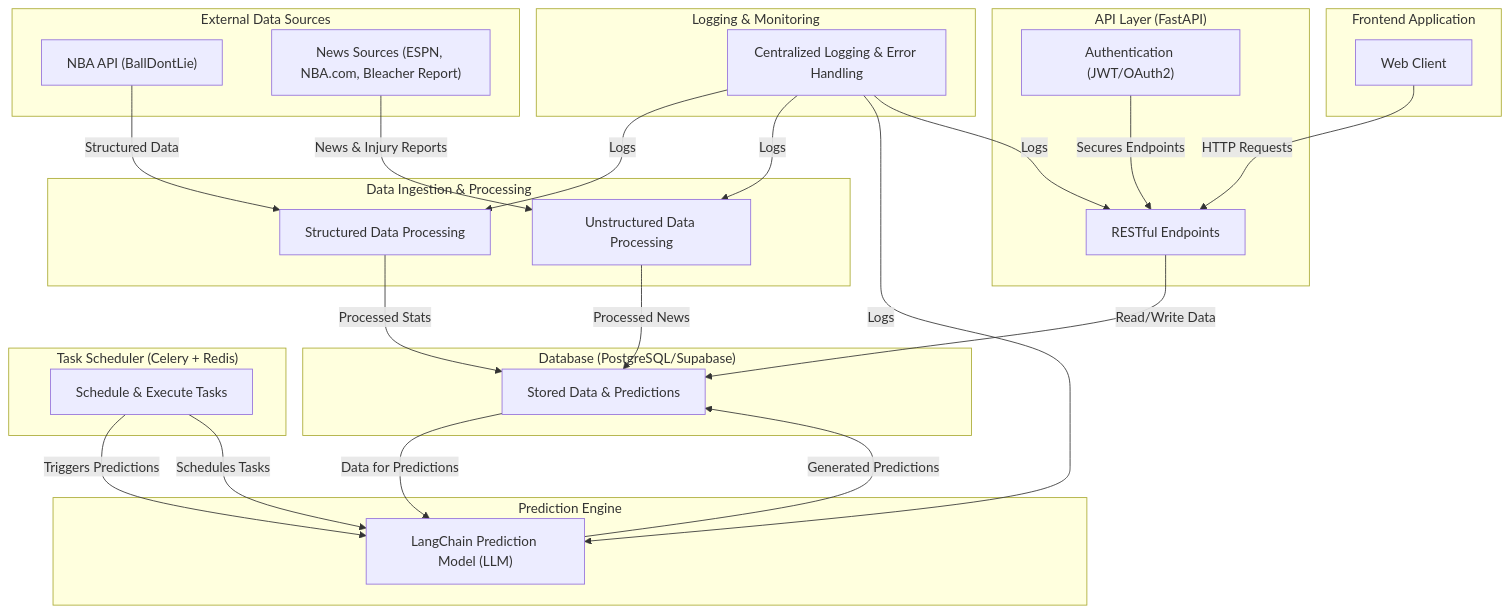
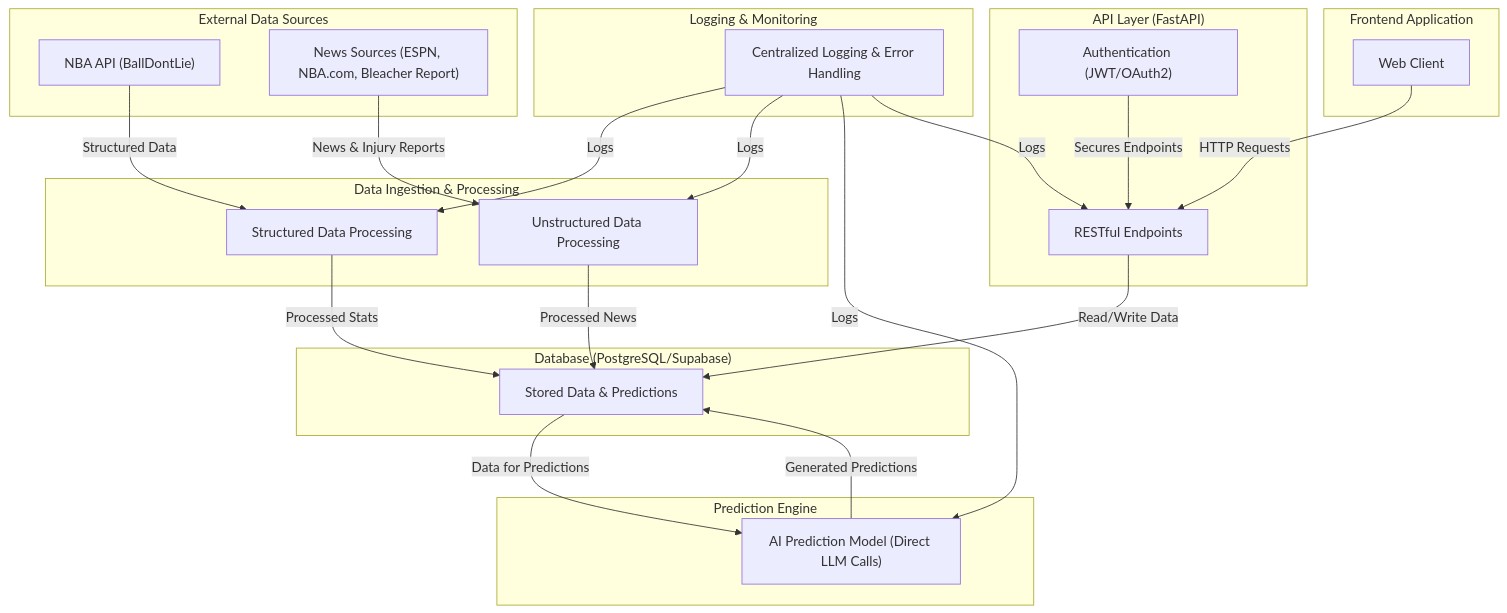
The diagram in docs/ARCHITECTURE.md (garrettyarmo/badbeats-backend-api), drawn with Mermaid before and after one commit. The commit also changed other lines of this file and 2 other files, not shown here.

````diff
--- a/docs/ARCHITECTURE.md
+++ b/docs/ARCHITECTURE.md
@@ -14,62 +14,55 @@
 ```mermaid
 flowchart TD
     %% External Data Sources
     subgraph ExternalSources["External Data Sources"]
-      A1["NBA API (BallDontLie)"]
-      A2["News Sources (ESPN, NBA.com, Bleacher Report)"]
+        A1["NBA API (BallDontLie)"]
+        A2["News Sources (ESPN, NBA.com, Bleacher Report)"]
     end
 
     %% Data Ingestion & Processing
     subgraph Ingestion["Data Ingestion & Processing"]
-      B1["Structured Data Processing"]
-      B2["Unstructured Data Processing"]
+        B1["Structured Data Processing"]
+        B2["Unstructured Data Processing"]
     end
 
     %% Database Storage
     subgraph Storage["Database (PostgreSQL/Supabase)"]
-      C["Stored Data & Predictions"]
+        C["Stored Data & Predictions"]
     end
 
     %% Prediction Engine
     subgraph Prediction["Prediction Engine"]
-      D["LangChain Prediction Model (LLM)"]
-    end
-
-    %% Task Scheduler & Workers
-    subgraph Scheduler["Task Scheduler (Celery + Redis)"]
-      E["Schedule & Execute Tasks"]
+        D["AI Prediction Model (Direct LLM Calls)"]
     end
 
     %% API Endpoints & Security
     subgraph API["API Layer (FastAPI)"]
-      F["RESTful Endpoints"]
-      G["Authentication (JWT/OAuth2)"]
+        F["RESTful Endpoints"]
+        G["Authentication (JWT/OAuth2)"]
     end
 
     %% Logging & Monitoring
     subgraph Monitoring["Logging & Monitoring"]
-      H["Centralized Logging & Error Handling"]
+        H["Centralized Logging & Error Handling"]
     end
 
     %% Frontend Client
     subgraph FrontEnd["Frontend Application"]
-      I["Web Client"]
+        I["Web Client"]
     end
 
     %% Data Flow Connections
     A1 -->|"Structured Data"| B1
     A2 -->|"News & Injury Reports"| B2
     B1 -->|"Processed Stats"| C
     B2 -->|"Processed News"| C
     C -->|"Data for Predictions"| D
-    E -->|"Triggers Predictions"| D
     D -->|"Generated Predictions"| C
     F -->|"Read/Write Data"| C
     G -->|"Secures Endpoints"| F
     H -->|"Logs"| B1
     H -->|"Logs"| B2
     H -->|"Logs"| D
     H -->|"Logs"| F
     I -->|"HTTP Requests"| F
-    E -->|"Schedules Tasks"| D
 ```
````
